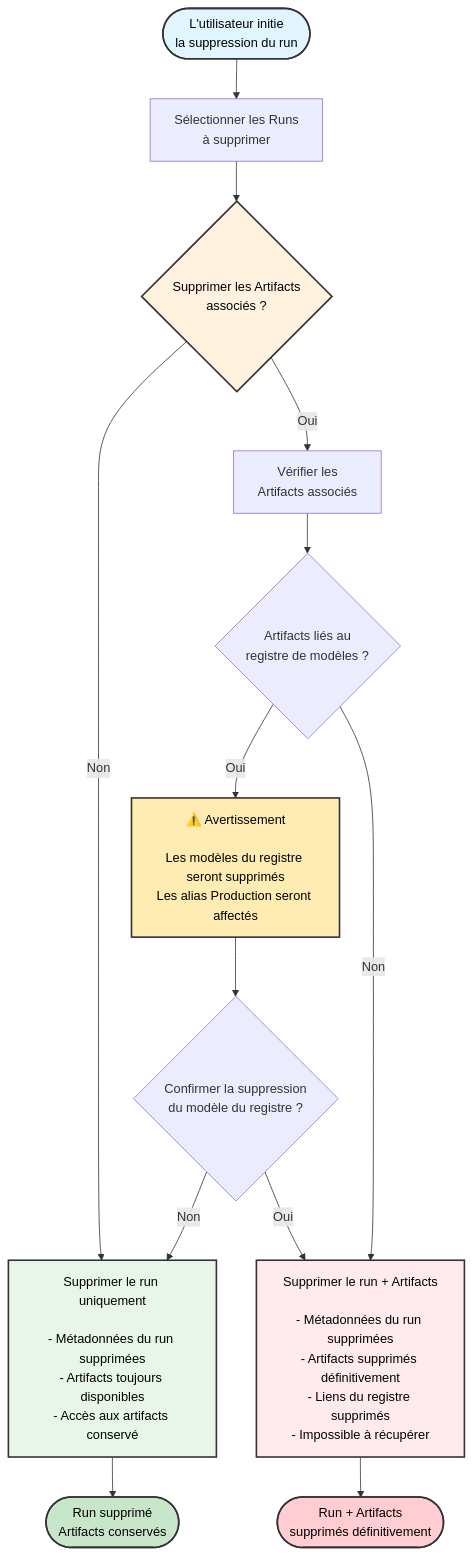
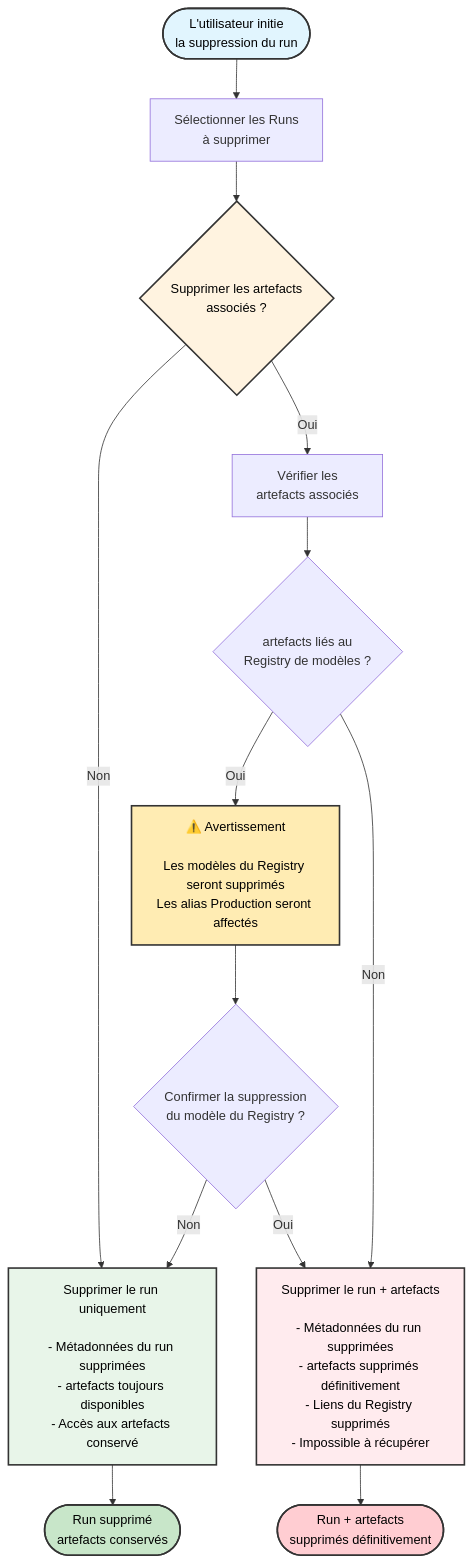
The diagram in fr/models/runs/delete-runs.mdx (wandb/docs), drawn with Mermaid before and after one commit. The commit also changed other lines of this file and 244 other files, not shown here.

````diff
--- a/fr/models/runs/delete-runs.mdx
+++ b/fr/models/runs/delete-runs.mdx
@@ -28,31 +57,31 @@
 ```mermaid
 graph TB
     Start([L'utilisateur initie<br/>la suppression du run]) --> RunSelect[Sélectionner les Runs<br/>à supprimer]
     
-    RunSelect --> DeletePrompt{Supprimer les Artifacts<br/>associés ?}
+    RunSelect --> DeletePrompt{Supprimer les artefacts<br/>associés ?}
     
-    DeletePrompt -->|Non| DeleteRunOnly[Supprimer le run uniquement<br/><br/>- Métadonnées du run supprimées<br/>- Artifacts toujours disponibles<br/>- Accès aux artifacts conservé]
+    DeletePrompt -->|Non| DeleteRunOnly[Supprimer le run uniquement<br/><br/>- Métadonnées du run supprimées<br/>- artefacts toujours disponibles<br/>- Accès aux artefacts conservé]
     
-    DeletePrompt -->|Oui| CheckArtifacts[Vérifier les<br/>Artifacts associés]
+    DeletePrompt -->|Oui| CheckArtifacts[Vérifier les<br/>artefacts associés]
     
-    CheckArtifacts --> HasRegistry{Artifacts liés au<br/>registre de modèles ?}
+    CheckArtifacts --> HasRegistry{artefacts liés au<br/>Registry de modèles ?}
     
-    HasRegistry -->|Oui| RegistryWarning[⚠️ Avertissement<br/><br/>Les modèles du registre seront supprimés<br/>Les alias Production seront affectés]
+    HasRegistry -->|Oui| RegistryWarning[⚠️ Avertissement<br/><br/>Les modèles du Registry seront supprimés<br/>Les alias Production seront affectés]
     HasRegistry -->|Non| DirectDelete
     
-    RegistryWarning --> ConfirmRegistry{Confirmer la suppression<br/>du modèle du registre ?}
+    RegistryWarning --> ConfirmRegistry{Confirmer la suppression<br/>du modèle du Registry ?}
     
     ConfirmRegistry -->|Non| DeleteRunOnly
-    ConfirmRegistry -->|Oui| DirectDelete[Supprimer le run + Artifacts<br/><br/>- Métadonnées du run supprimées<br/>- Artifacts supprimés définitivement<br/>- Liens du registre supprimés<br/>- Impossible à récupérer]
+    ConfirmRegistry -->|Oui| DirectDelete[Supprimer le run + artefacts<br/><br/>- Métadonnées du run supprimées<br/>- artefacts supprimés définitivement<br/>- Liens du Registry supprimés<br/>- Impossible à récupérer]
     
-    DeleteRunOnly --> PartialEnd([Run supprimé<br/>Artifacts conservés])
-    DirectDelete --> FullEnd([Run + Artifacts<br/>supprimés définitivement])
+    DeleteRunOnly --> PartialEnd([Run supprimé<br/>artefacts conservés])
+    DirectDelete --> FullEnd([Run + artefacts<br/>supprimés définitivement])
     
     style Start fill:#e1f5fe,stroke:#333,stroke-width:2px,color:#000
     style DeletePrompt fill:#fff3e0,stroke:#333,stroke-width:2px,color:#000
     style RegistryWarning fill:#ffecb3,stroke:#333,stroke-width:2px,color:#000
     style DirectDelete fill:#ffebee,stroke:#333,stroke-width:2px,color:#000
     style DeleteRunOnly fill:#e8f5e9,stroke:#333,stroke-width:2px,color:#000
     style PartialEnd fill:#c8e6c9,stroke:#333,stroke-width:2px,color:#000
     style FullEnd fill:#ffcdd2,stroke:#333,stroke-width:2px,color:#000
 ```
````
